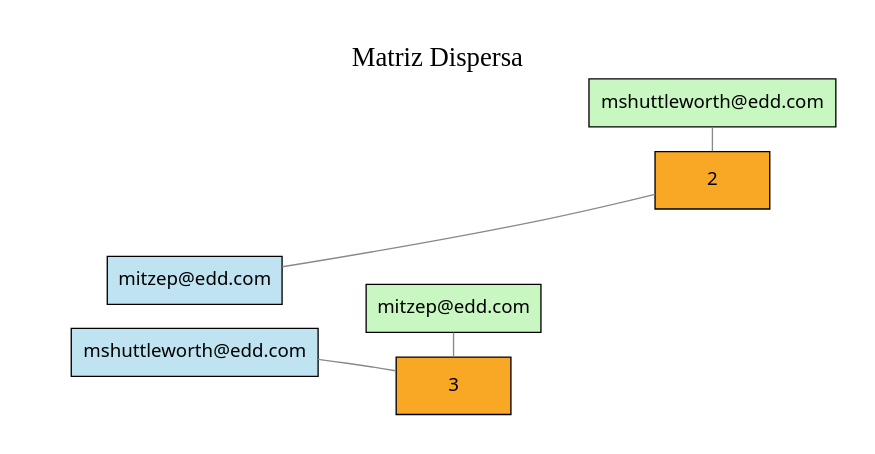
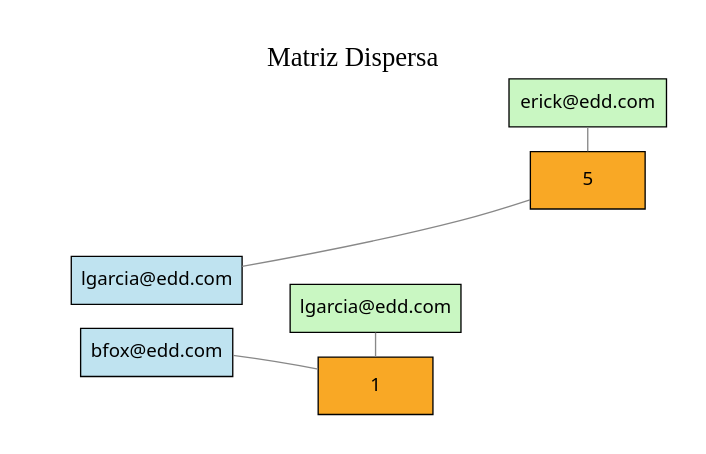
One commit to josuef24/-EDD-1S2025_202300668 changed the diagram in EDDMail/FASE1/Root-Reportes/relaciones.dot. Above: the diagram before and after it, drawn with Graphviz. The commit also changed 126 other files, not shown here.

```diff
--- a/EDDMail/FASE1/Root-Reportes/relaciones.dot
+++ b/EDDMail/FASE1/Root-Reportes/relaciones.dot
@@ -1,40 +1,40 @@
 digraph G {
   graph [label="Matriz Dispersa", labelloc=top, fontsize=20, pad=0.3];
   node  [shape=box, fontname="Sans"];
   edge  [arrowsize=0.7];
   rankdir=LR;
 
   // Cabeceras de columnas (destinatarios)
   { rank=same;
     col_title [label="", width=0.1, height=0.1, shape=box, style=invis];
-    col_2 [label="mitzep@edd.com", style="filled", fillcolor="#bfe3f0"];
-    col_4 [label="mshuttleworth@edd.com", style="filled", fillcolor="#bfe3f0"];
+    col_1 [label="lgarcia@edd.com", style="filled", fillcolor="#bfe3f0"];
+    col_6 [label="bfox@edd.com", style="filled", fillcolor="#bfe3f0"];
   }
 
-  { rank=same; row_2 [label="mitzep@edd.com", style="filled", fillcolor="#c9f7c2"];
-    cell_2_2 [label="", width=1.2, height=0.6, style=invis, shape=box];
-    cell_2_4 [label="", width=1.2, height=0.6, style=invis, shape=box];
+  { rank=same; row_1 [label="lgarcia@edd.com", style="filled", fillcolor="#c9f7c2"];
+    cell_1_1 [label="", width=1.2, height=0.6, style=invis, shape=box];
+    cell_1_6 [label="", width=1.2, height=0.6, style=invis, shape=box];
   }
-  cell_2_4 [label="3", style="filled", fillcolor="#f9a825"];
-  row_2 -> cell_2_4 [color="#888888", dir=none, penwidth=1];
-  cell_2_4 -> col_4 [color="#888888", dir=none, penwidth=1];
+  cell_1_6 [label="1", style="filled", fillcolor="#f9a825"];
+  row_1 -> cell_1_6 [color="#888888", dir=none, penwidth=1];
+  cell_1_6 -> col_6 [color="#888888", dir=none, penwidth=1];
 
-  { rank=same; row_4 [label="mshuttleworth@edd.com", style="filled", fillcolor="#c9f7c2"];
-    cell_4_2 [label="", width=1.2, height=0.6, style=invis, shape=box];
-    cell_4_4 [label="", width=1.2, height=0.6, style=invis, shape=box];
+  { rank=same; row_11 [label="erick@edd.com", style="filled", fillcolor="#c9f7c2"];
+    cell_11_1 [label="", width=1.2, height=0.6, style=invis, shape=box];
+    cell_11_6 [label="", width=1.2, height=0.6, style=invis, shape=box];
   }
-  cell_4_2 [label="2", style="filled", fillcolor="#f9a825"];
-  row_4 -> cell_4_2 [color="#888888", dir=none, penwidth=1];
-  cell_4_2 -> col_2 [color="#888888", dir=none, penwidth=1];
+  cell_11_1 [label="5", style="filled", fillcolor="#f9a825"];
+  row_11 -> cell_11_1 [color="#888888", dir=none, penwidth=1];
+  cell_11_1 -> col_1 [color="#888888", dir=none, penwidth=1];
 
   // Alineación vertical por columnas
-  col_title -> col_2 [style=invis, weight=10];
-  col_2 -> cell_2_2 [style=invis, weight=10];
-  cell_2_2 -> cell_4_2 [style=invis, weight=10];
-  col_title -> col_4 [style=invis, weight=10];
-  col_4 -> cell_2_4 [style=invis, weight=10];
-  cell_2_4 -> cell_4_4 [style=invis, weight=10];
+  col_title -> col_1 [style=invis, weight=10];
+  col_1 -> cell_1_1 [style=invis, weight=10];
+  cell_1_1 -> cell_11_1 [style=invis, weight=10];
+  col_title -> col_6 [style=invis, weight=10];
+  col_6 -> cell_1_6 [style=invis, weight=10];
+  cell_1_6 -> cell_11_6 [style=invis, weight=10];
   // Alineación horizontal de la fila de cabeceras
-  col_title -> col_2 [style=invis, weight=50];
-  col_2 -> col_4 [style=invis, weight=50];
+  col_title -> col_1 [style=invis, weight=50];
+  col_1 -> col_6 [style=invis, weight=50];
 }
```
